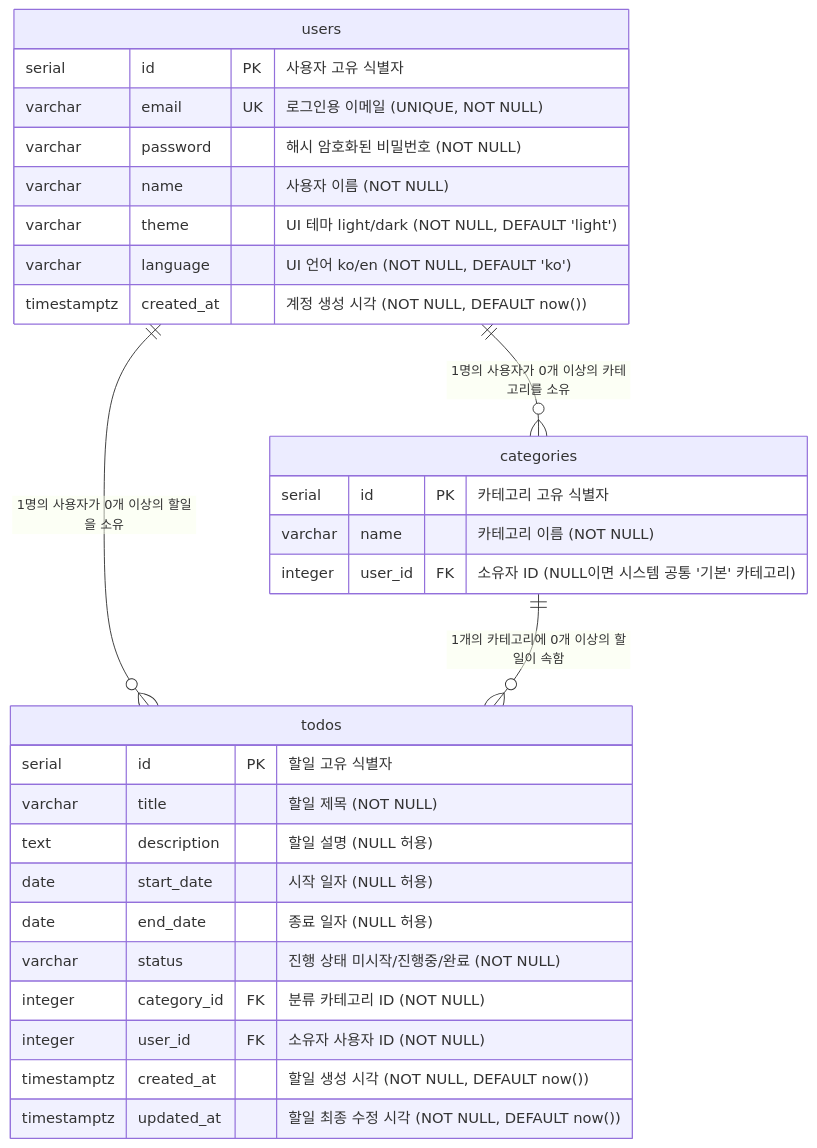
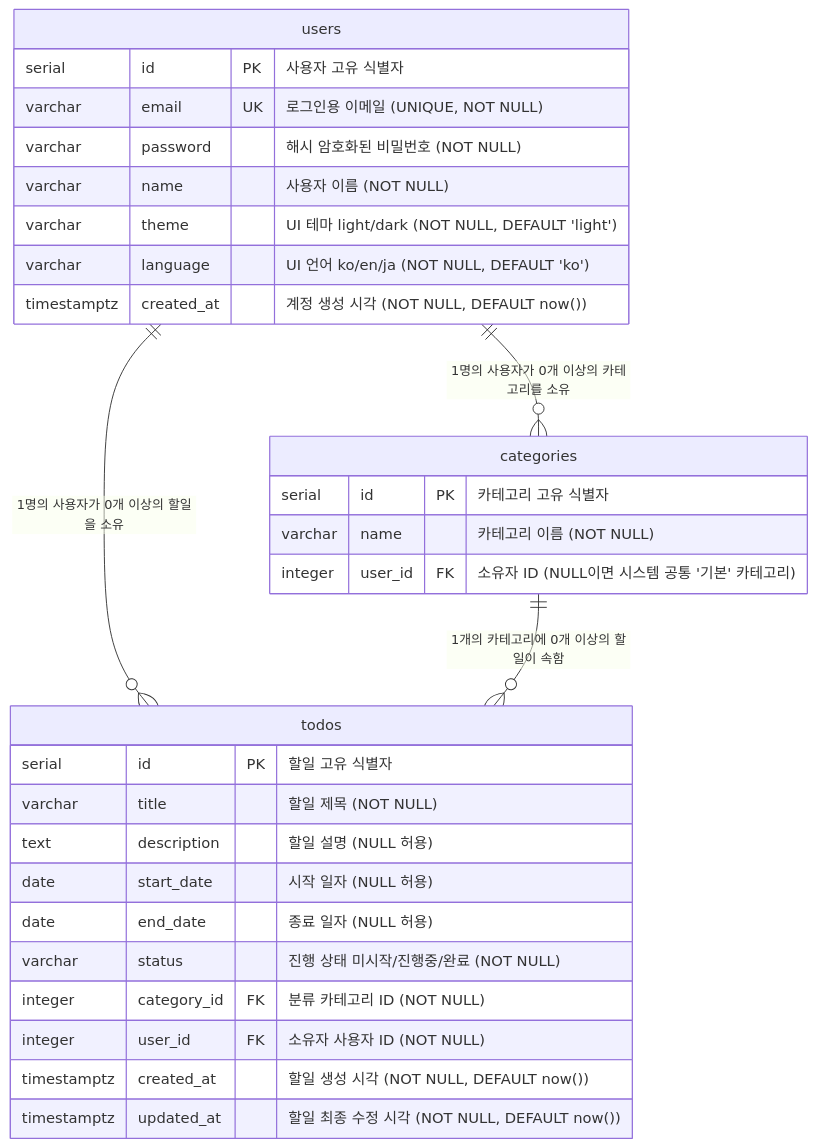
Before and after one commit to applegwon/todolist: the diagram in docs/6-erd.md, drawn with Mermaid. The commit also changed other lines of this file and 7 other files, not shown here.

````diff
--- a/docs/6-erd.md
+++ b/docs/6-erd.md
@@ -23,35 +24,35 @@
 ```mermaid
 erDiagram
     users {
         serial id PK "사용자 고유 식별자"
         varchar email UK "로그인용 이메일 (UNIQUE, NOT NULL)"
         varchar password "해시 암호화된 비밀번호 (NOT NULL)"
         varchar name "사용자 이름 (NOT NULL)"
         varchar theme "UI 테마 light/dark (NOT NULL, DEFAULT 'light')"
-        varchar language "UI 언어 ko/en (NOT NULL, DEFAULT 'ko')"
+        varchar language "UI 언어 ko/en/ja (NOT NULL, DEFAULT 'ko')"
         timestamptz created_at "계정 생성 시각 (NOT NULL, DEFAULT now())"
     }
 
     categories {
         serial id PK "카테고리 고유 식별자"
         varchar name "카테고리 이름 (NOT NULL)"
         integer user_id FK "소유자 ID (NULL이면 시스템 공통 '기본' 카테고리)"
     }
 
     todos {
         serial id PK "할일 고유 식별자"
         varchar title "할일 제목 (NOT NULL)"
         text description "할일 설명 (NULL 허용)"
         date start_date "시작 일자 (NULL 허용)"
         date end_date "종료 일자 (NULL 허용)"
         varchar status "진행 상태 미시작/진행중/완료 (NOT NULL)"
         integer category_id FK "분류 카테고리 ID (NOT NULL)"
         integer user_id FK "소유자 사용자 ID (NOT NULL)"
         timestamptz created_at "할일 생성 시각 (NOT NULL, DEFAULT now())"
         timestamptz updated_at "할일 최종 수정 시각 (NOT NULL, DEFAULT now())"
     }
 
     users ||--o{ categories : "1명의 사용자가 0개 이상의 카테고리를 소유"
     users ||--o{ todos : "1명의 사용자가 0개 이상의 할일을 소유"
     categories ||--o{ todos : "1개의 카테고리에 0개 이상의 할일이 속함"
 ```
````
